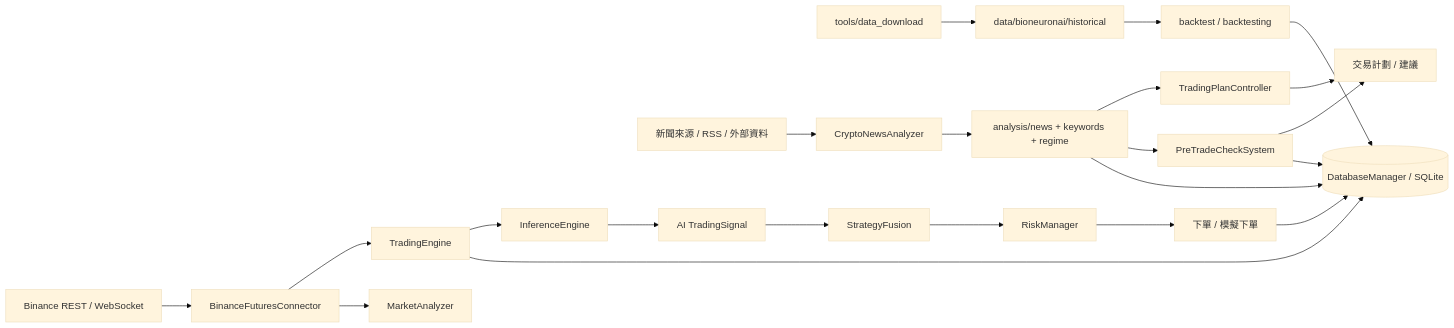
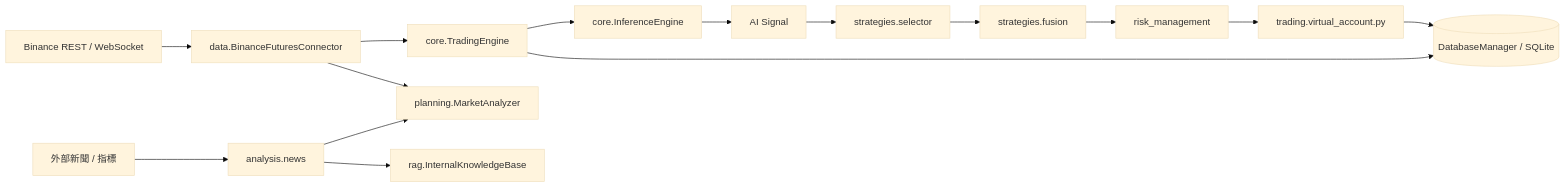
One commit to kyle0527/BioNeuronai changed the second of 2 diagrams in docs/ARCHITECTURE_OVERVIEW.md. Above: the diagram before and after it, drawn with Mermaid (base theme). The commit also changed other lines of this file and 338 other files, not shown here.

````diff
--- a/docs/ARCHITECTURE_OVERVIEW.md
+++ b/docs/ARCHITECTURE_OVERVIEW.md
@@ -241,33 +117,24 @@
 ```mermaid
 flowchart LR
     EX1[Binance REST / WebSocket]
-    EX2[新聞來源 / RSS / 外部資料]
-    DL[tools/data_download]
-    HIST[data/bioneuronai/historical]
+    EX2[外部新聞 / 指標]
 
-    EX1 --> BFC[BinanceFuturesConnector]
-    EX2 --> CNA[CryptoNewsAnalyzer]
-    DL --> HIST
+    EX1 --> BFC[data.BinanceFuturesConnector]
+    EX2 --> CNA[analysis.news]
+    
+    BFC --> TE[core.TradingEngine]
+    BFC --> PLN[planning.MarketAnalyzer]
+    CNA --> PLN
+    CNA --> RAG[rag.InternalKnowledgeBase]
 
-    BFC --> TE[TradingEngine]
-    BFC --> MA[MarketAnalyzer]
-    CNA --> ANALYSIS[analysis/news + keywords + regime]
-    HIST --> BT[backtest / backtesting]
+    TE --> IE[core.InferenceEngine]
+    IE --> SIG[AI Signal]
 
-    TE --> IE[InferenceEngine]
-    IE --> SIG[AI TradingSignal]
-    ANALYSIS --> TPC[TradingPlanController]
-    ANALYSIS --> PTC[PreTradeCheckSystem]
+    SIG --> SEL[strategies.selector]
+    SEL --> TS[strategies.fusion]
+    TS --> RM[risk_management]
+    RM --> TRAD[trading.virtual_account.py]
 
-    SIG --> TS[StrategyFusion]
-    TPC --> DEC[交易計劃 / 建議]
-    PTC --> DEC
-    TS --> RM[RiskManager]
-    RM --> ORD[下單 / 模擬下單]
-
-    ORD --> DB[(DatabaseManager / SQLite)]
+    TRAD --> DB[(DatabaseManager / SQLite)]
     TE --> DB
-    ANALYSIS --> DB
-    PTC --> DB
-    BT --> DB
 ```
````
